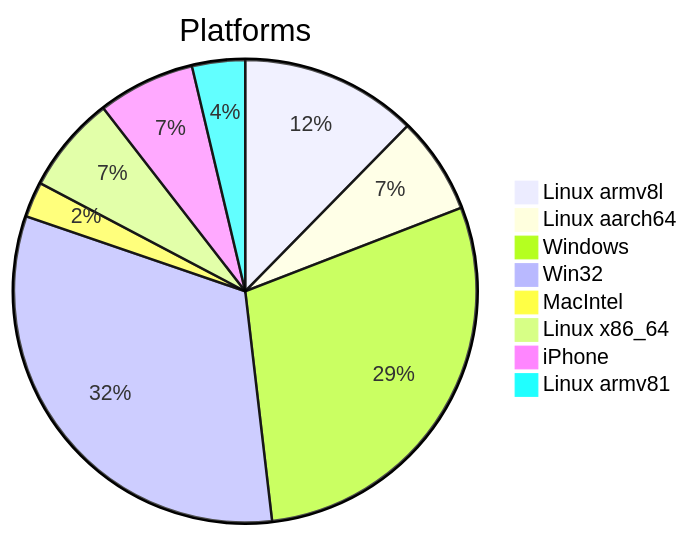
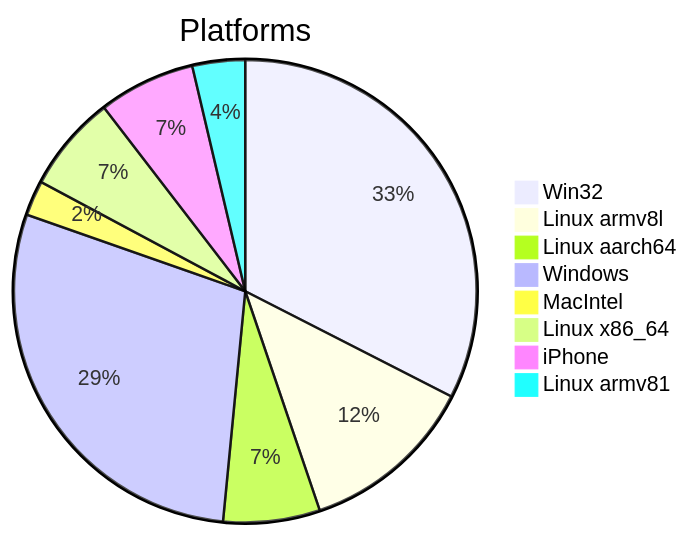
One commit to Krugou/socials changed the first of 2 diagrams in DATA_REPORT.md. Above: the diagram before and after it, drawn with Mermaid. The commit also changed other lines of this file and 2 other files, not shown here.

````diff
--- a/DATA_REPORT.md
+++ b/DATA_REPORT.md
@@ -9,11 +9,11 @@
 ```mermaid
 pie title Platforms
+    "Win32" : 53
     "Linux armv8l" : 20
     "Linux aarch64" : 11
     "Windows" : 47
-    "Win32" : 52
     "MacIntel" : 4
     "Linux x86_64" : 11
     "iPhone" : 11
     "Linux armv81" : 6
 ```
````
